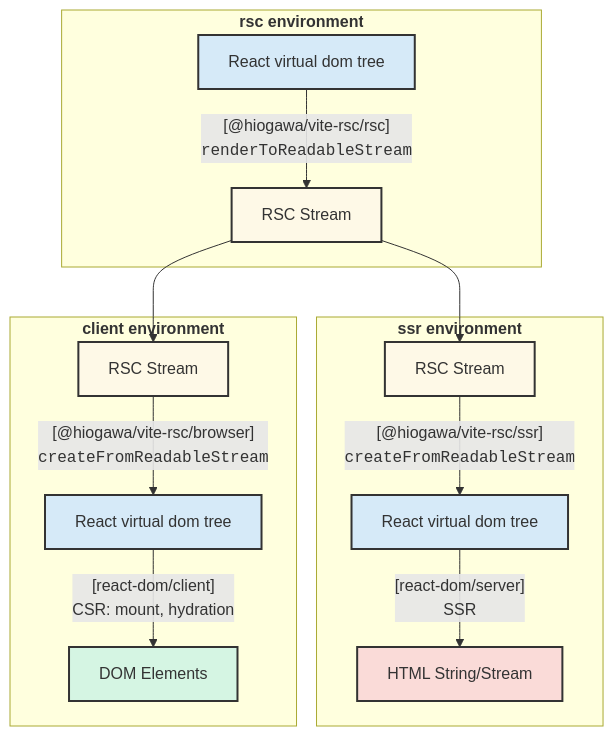
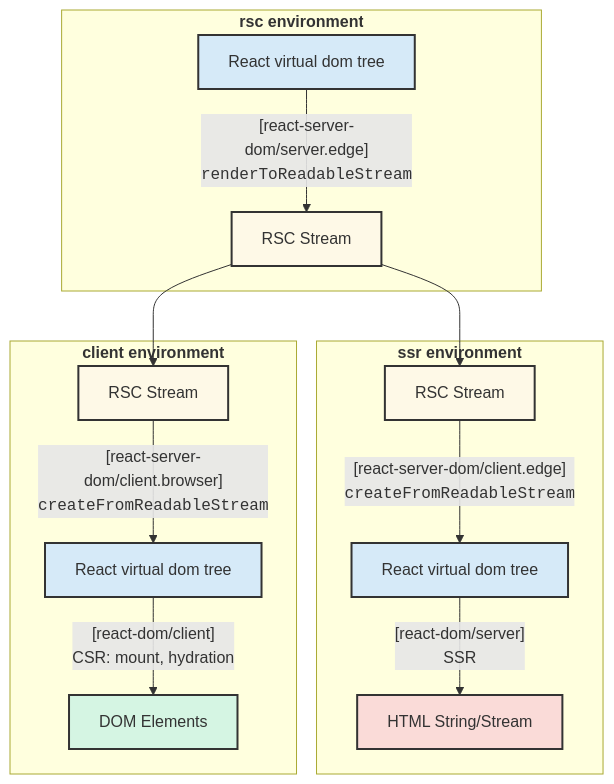
The diagram in packages/rsc/README.md (hi-ogawa/vite-plugins), drawn with Mermaid before and after one commit. The commit also changed other lines of this file, not shown here.

Commit message:
chore: tweak docs

````diff
--- a/packages/rsc/README.md
+++ b/packages/rsc/README.md
@@ -25,29 +25,29 @@
 ```mermaid
 graph TD
 
     subgraph "<strong>rsc environment</strong>"
-        A["React virtual dom tree"] --> |"[@hiogawa/vite-rsc/rsc]<br /><code>renderToReadableStream</code>"| B1["RSC Stream"];
+        A["React virtual dom tree"] --> |"[react-server-dom/server.edge]<br /><code>renderToReadableStream</code>"| B1["RSC Stream"];
     end
 
     B1 --> B2
     B1 --> B3
 
     subgraph "<strong>ssr environment</strong>"
-        B2["RSC Stream"] --> |"[@hiogawa/vite-rsc/ssr]<br /><code>createFromReadableStream</code>"| C1["React virtual dom tree"];
+        B2["RSC Stream"] --> |"[react-server-dom/client.edge]<br /><code>createFromReadableStream</code>"| C1["React virtual dom tree"];
         C1 --> |"[react-dom/server]<br/>SSR"| E["HTML String/Stream"];
     end
 
     subgraph "<strong>client environment</strong>"
-        B3["RSC Stream"] --> |"[@hiogawa/vite-rsc/browser]<br /><code>createFromReadableStream</code>"| C2["React virtual dom tree"];
+        B3["RSC Stream"] --> |"[react-server-dom/client.browser]<br /><code>createFromReadableStream</code>"| C2["React virtual dom tree"];
         C2 --> |"[react-dom/client]<br/>CSR: mount, hydration"| D["DOM Elements"];
     end
 
     style A fill:#D6EAF8,stroke:#333,stroke-width:2px
     style B1 fill:#FEF9E7,stroke:#333,stroke-width:2px
     style B2 fill:#FEF9E7,stroke:#333,stroke-width:2px
     style B3 fill:#FEF9E7,stroke:#333,stroke-width:2px
     style C1 fill:#D6EAF8,stroke:#333,stroke-width:2px
     style C2 fill:#D6EAF8,stroke:#333,stroke-width:2px
     style D fill:#D5F5E3,stroke:#333,stroke-width:2px
     style E fill:#FADBD8,stroke:#333,stroke-width:2px
 ```
````
